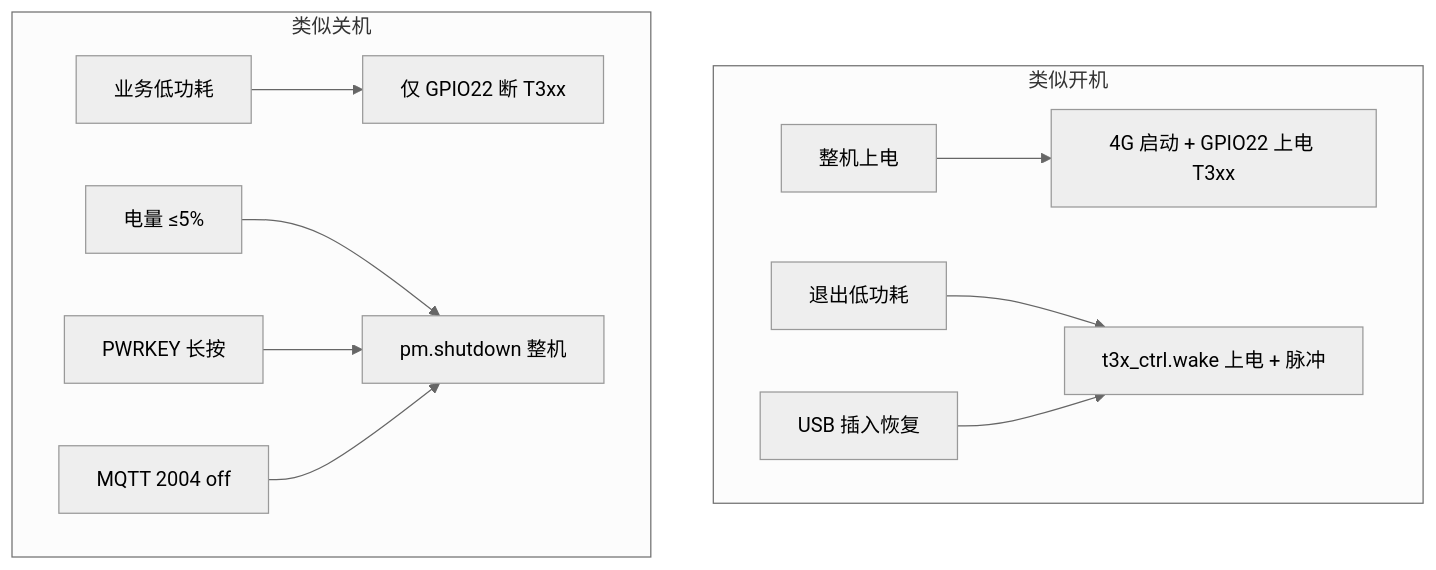
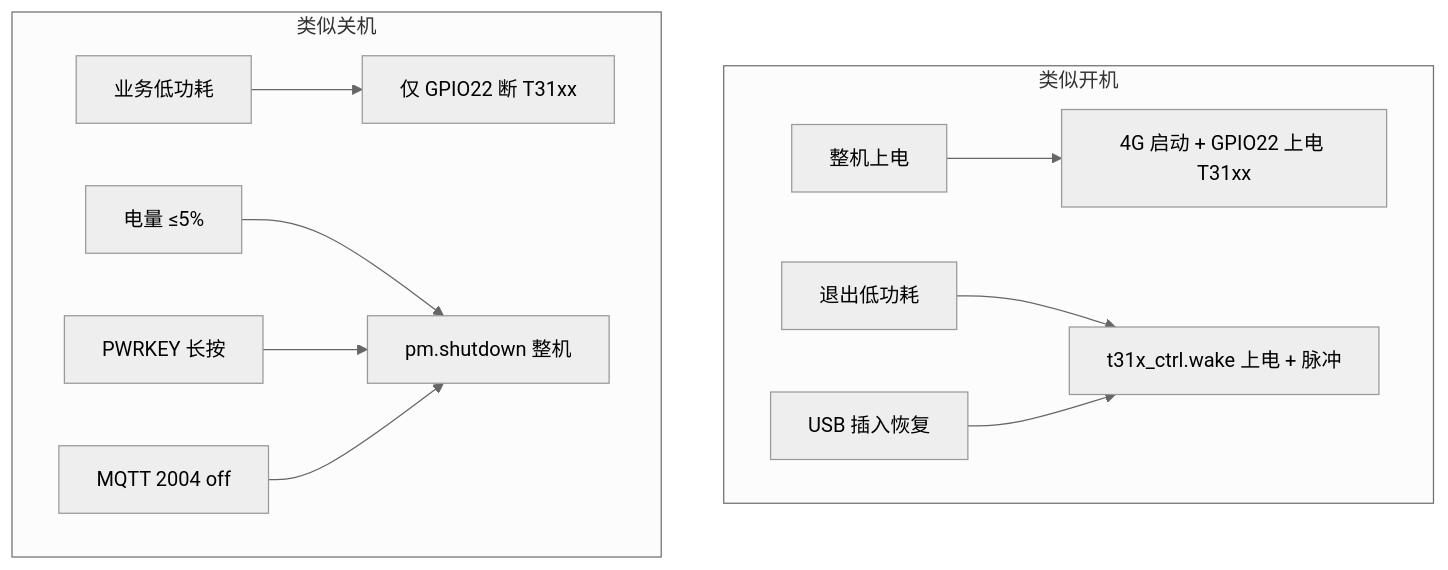
One commit to dzr1986/AIR780EHM changed the first of 5 diagrams in doc/BOOT_SHUTDOWN_SOUND.md. Above: the diagram before and after it, drawn with Mermaid (neutral theme). The commit also changed other lines of this file and 402 other files, not shown here.

````diff
--- a/doc/BOOT_SHUTDOWN_SOUND.md
+++ b/doc/BOOT_SHUTDOWN_SOUND.md
@@ -40,14 +40,14 @@
 ```mermaid
 flowchart TB
     subgraph on["类似开机"]
-        A[整机上电] --> B[4G 启动 + GPIO22 上电 T3xx]
-        C[退出低功耗] --> D[t3x_ctrl.wake 上电 + 脉冲]
+        A[整机上电] --> B[4G 启动 + GPIO22 上电 T31xx]
+        C[退出低功耗] --> D[t31x_ctrl.wake 上电 + 脉冲]
         E[USB 插入恢复] --> D
     end
     subgraph off["类似关机"]
-        F[业务低功耗] --> G[仅 GPIO22 断 T3xx]
+        F[业务低功耗] --> G[仅 GPIO22 断 T31xx]
         H[电量 ≤5%] --> I[pm.shutdown 整机]
         J[PWRKEY 长按] --> I
         K[MQTT 2004 off] --> I
     end
 ```
````
